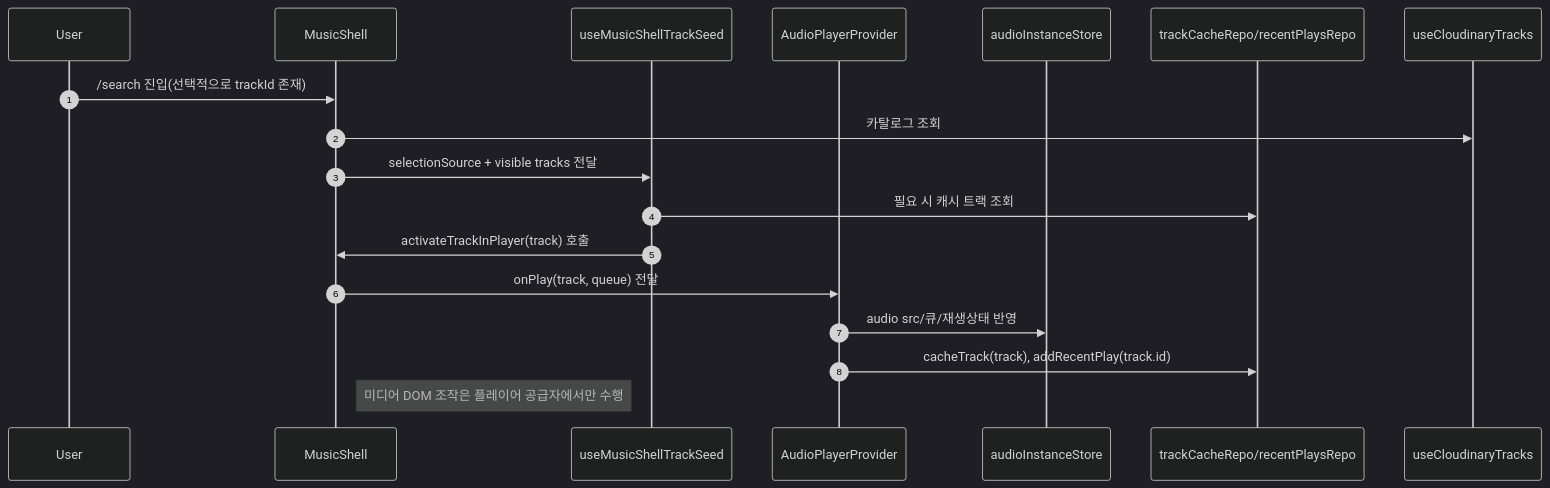
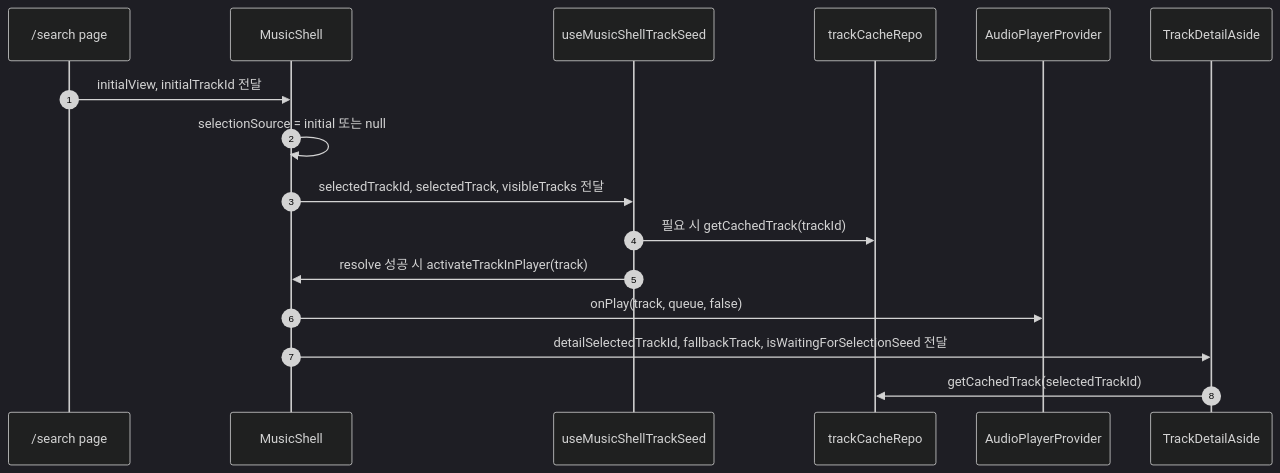
Before and after one commit to HappyMarmot123/EDMM: the third of 3 diagrams in docs/architecture/README.md, drawn with Mermaid (dark theme). The commit also changed other lines of this file, not shown here.

Commit message:
docs: refresh architecture README

````diff
--- a/docs/architecture/README.md
+++ b/docs/architecture/README.md
@@ -79,21 +62,19 @@
 ```mermaid
 sequenceDiagram
   autonumber
-  participant User
-  participant MS as MusicShell
+  participant Route as /search page
+  participant Shell as MusicShell
   participant Seed as useMusicShellTrackSeed
-  participant AP as AudioPlayerProvider
-  participant Store as audioInstanceStore
-  participant DB as trackCacheRepo/recentPlaysRepo
-  participant Cloud as useCloudinaryTracks
+  participant Cache as trackCacheRepo
+  participant Player as AudioPlayerProvider
+  participant Detail as TrackDetailAside
 
-  User->>MS: /search 진입(선택적으로 trackId 존재)
-  MS->>Cloud: 카탈로그 조회
-  MS->>Seed: selectionSource + visible tracks 전달
-  Seed->>DB: 필요 시 캐시 트랙 조회
-  Seed->>MS: activateTrackInPlayer(track) 호출
-  MS->>AP: onPlay(track, queue) 전달
-  AP->>Store: audio src/큐/재생상태 반영
-  AP->>DB: cacheTrack(track), addRecentPlay(track.id)
-  Note right of MS: 미디어 DOM 조작은 플레이어 공급자에서만 수행
+  Route->>Shell: initialView, initialTrackId 전달
+  Shell->>Shell: selectionSource = initial 또는 null
+  Shell->>Seed: selectedTrackId, selectedTrack, visibleTracks 전달
+  Seed->>Cache: 필요 시 getCachedTrack(trackId)
+  Seed->>Shell: resolve 성공 시 activateTrackInPlayer(track)
+  Shell->>Player: onPlay(track, queue, false)
+  Shell->>Detail: detailSelectedTrackId, fallbackTrack, isWaitingForSelectionSeed 전달
+  Detail->>Cache: getCachedTrack(selectedTrackId)
 ```
````
